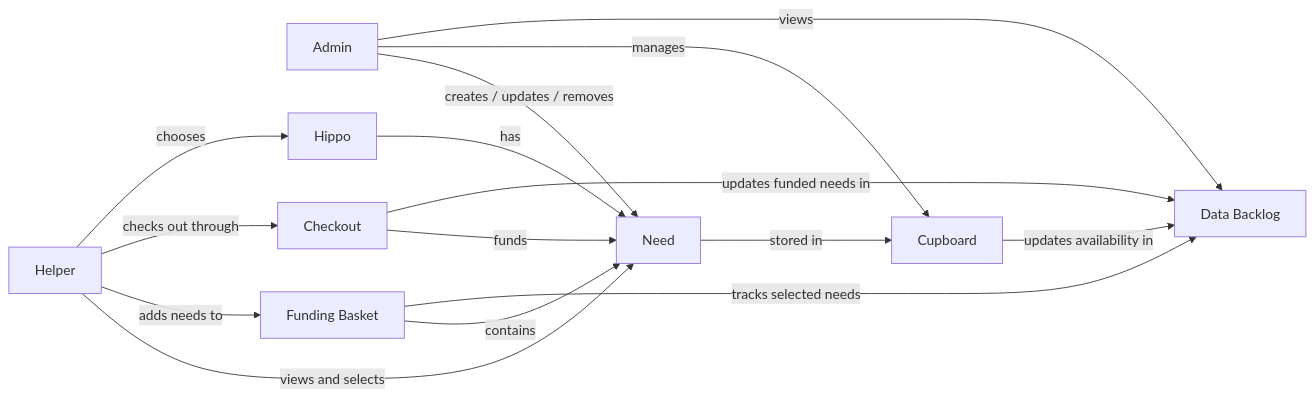
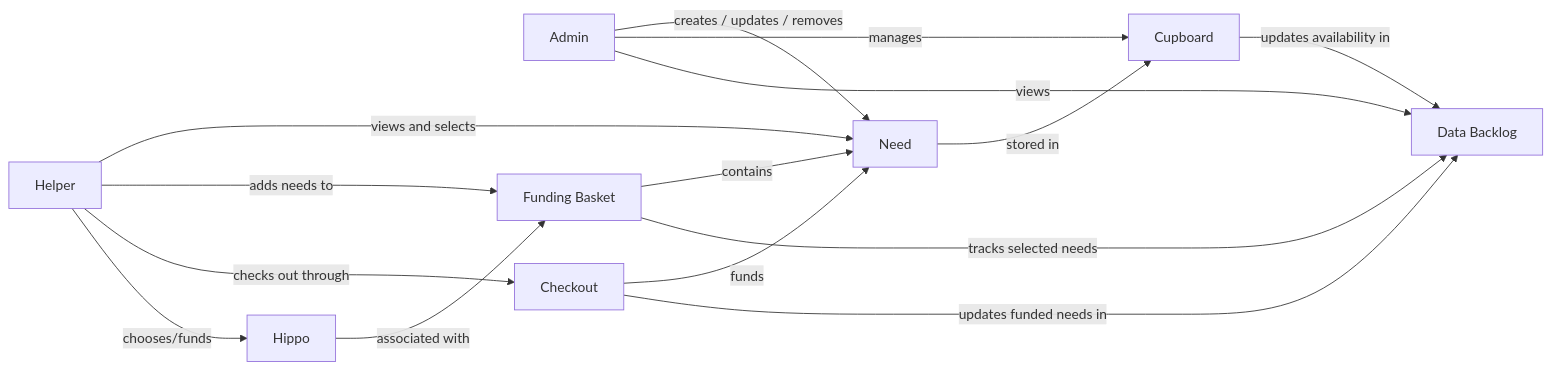
The first of 11 diagrams in docs/DesignDoc.md (QuinnYates29/hungry-hippos), drawn with Mermaid before and after one commit. The commit also changed other lines of this file and 1 other file, not shown here.

````diff
--- a/docs/DesignDoc.md
+++ b/docs/DesignDoc.md
@@ -77,29 +79,29 @@
 ```mermaid
 flowchart LR
     Helper[Helper]
     Admin[Admin]
     Need[Need]
     Cupboard[Cupboard]
     Basket[Funding Basket]
     Checkout[Checkout]
     Hippo[Hippo]
     Backlog[Data Backlog]
 
     Helper -->|views and selects| Need
     Need -->|stored in| Cupboard
     Helper -->|adds needs to| Basket
     Basket -->|contains| Need
     Helper -->|checks out through| Checkout
     Checkout -->|funds| Need
 
     Admin -->|creates / updates / removes| Need
     Admin -->|manages| Cupboard
     Admin -->|views| Backlog
 
-    Hippo -->|has| Need
-    Helper -->|chooses| Hippo
+    Hippo -->|associated with| Basket
+    Helper -->|chooses/funds| Hippo
 
     Basket -->|tracks selected needs| Backlog
     Checkout -->|updates funded needs in| Backlog
     Cupboard -->|updates availability in| Backlog
   ```
````
